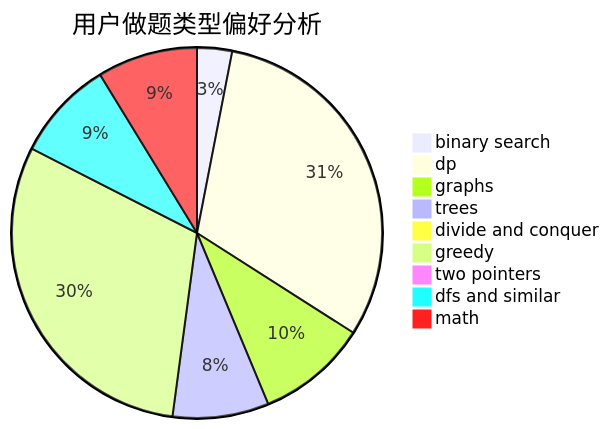
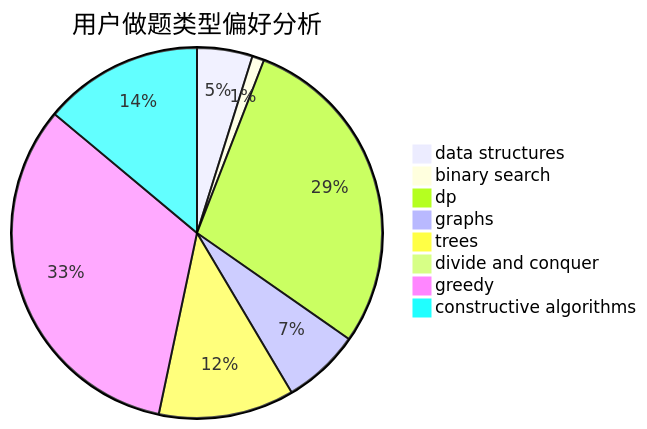
Before and after one commit to sherpahu/cfrs.github.io: the second of 3 diagrams in docs/user/u660.md, drawn with Mermaid. The commit also changed other lines of this file and 2775 other files, not shown here.

````diff
--- a/docs/user/u660.md
+++ b/docs/user/u660.md
@@ -23,12 +23,11 @@
 ```mermaid
 pie title 用户做题类型偏好分析
-    "binary search" :  88
-    "dp" :  893
-    "graphs" :  279
-    "trees" :  242
+    "data structures" :  65
+    "binary search" :  14
+    "dp" :  387
+    "graphs" :  91
+    "trees" :  159
     "divide and conquer" :  0
-    "greedy" :  876
-    "two pointers" :  28
-    "dfs and similar" :  252
-    "math" :  252
+    "greedy" :  440
+    "constructive algorithms" :  187
 ```
````
